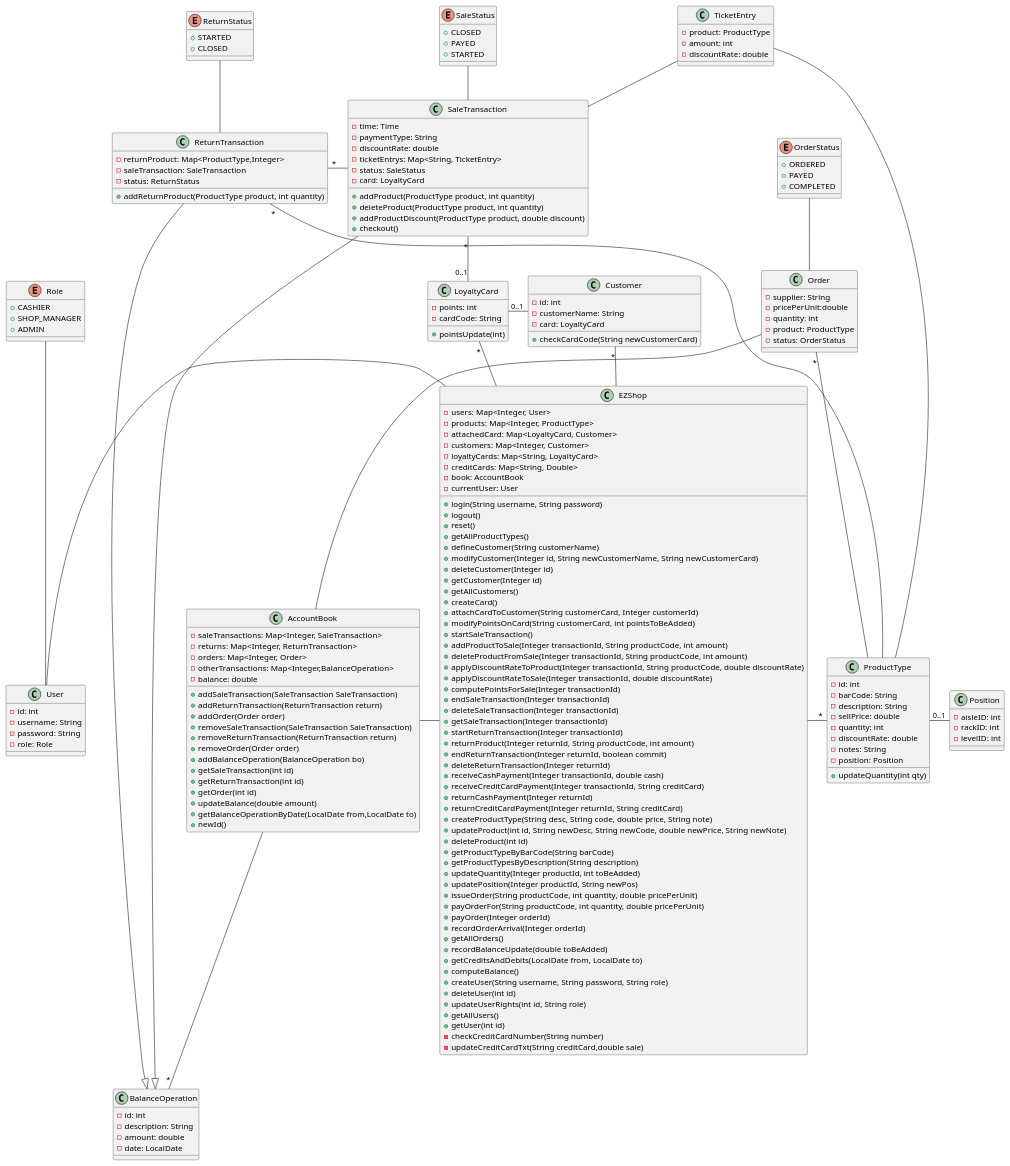
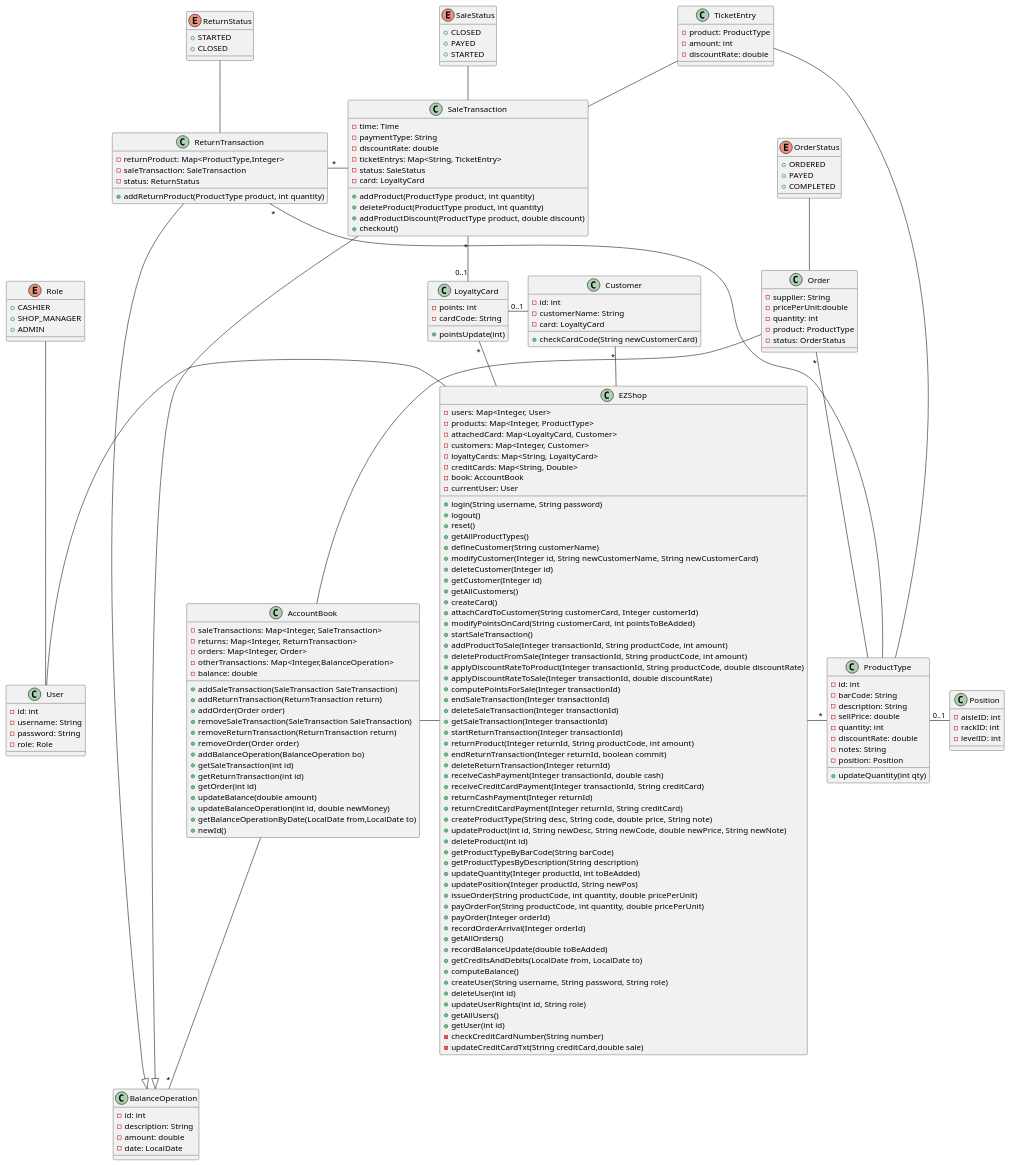
The second of 12 diagrams in Deliverables/DesignDocument.md (BMike10/EzShop), drawn with PlantUML before and after one commit. The commit also changed 6 other files, not shown here.

```diff
--- a/Deliverables/DesignDocument.md
+++ b/Deliverables/DesignDocument.md
@@ -141,6 +141,7 @@
     + getReturnTransaction(int id)
     + getOrder(int id)
     + updateBalance(double amount)
+    + updateBalanceOperation(int id, double newMoney)
     + getBalanceOperationByDate(LocalDate from,LocalDate to)
     + newId()
 }
```
